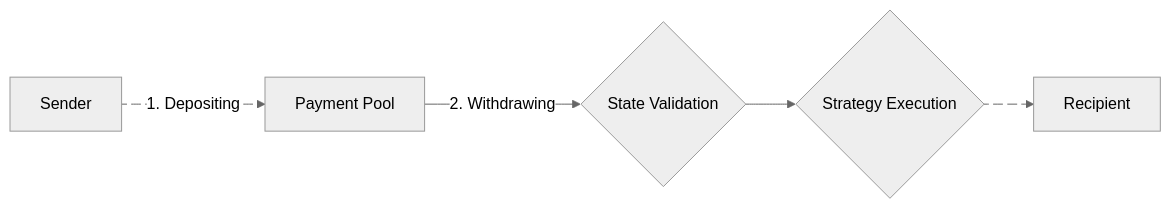
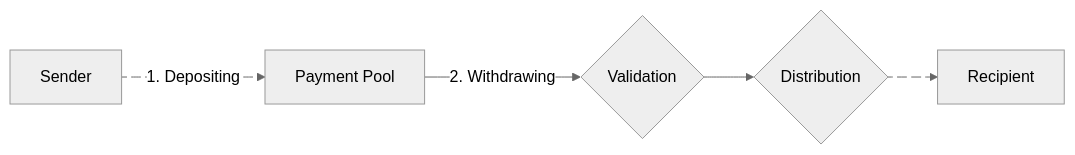
Before and after one commit to mutuals-finance/mutuals: the diagram in apps/docs/content/concepts/flow-of-funds.mdx, drawn with Mermaid (neutral theme). The commit also changed other lines of this file and 24 other files, not shown here.

````diff
--- a/apps/docs/content/concepts/flow-of-funds.mdx
+++ b/apps/docs/content/concepts/flow-of-funds.mdx
@@ -6,16 +9,16 @@
 ```mermaid
 flowchart LR
     n4["Sender"] L_n4_n5_0@-- "1. Depositing" --> n5["Payment Pool"]
-    n3["State Validation"] L_n3_n6_0@--> n6["Strategy Execution"]
+    n3["Validation"] L_n3_n6_0@--> n6["Distribution"]
     n6 L_n6_n7_0@--> n7["Recipient"]
     n5 L_n5_n3_0@-- "2. Withdrawing" --> n3
 
     n4@{ shape: rect}
     n3@{ shape: diam}
     n6@{ shape: diam}
 
     L_n4_n5_0@{ animation: slow }
     L_n3_n6_0@{ animation: none }
     L_n6_n7_0@{ animation: slow }
     L_n5_n3_0@{ animation: none }
 ```
````
